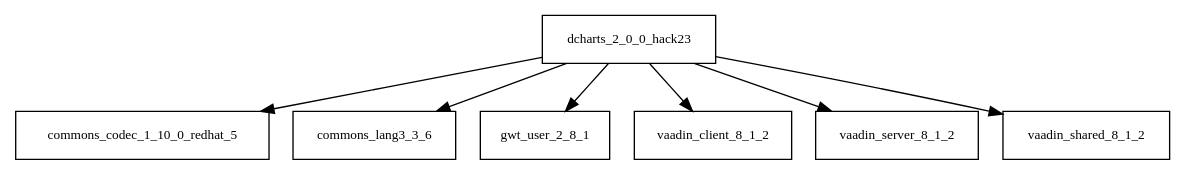
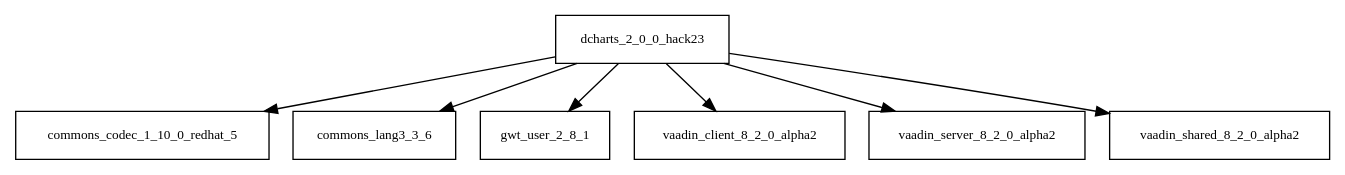
The diagram in tattleTaleReport/graphviz/dcharts-2.0.0.hack23.jar/dcharts-2.0.0.hack23.jar.dot (AglaianWoman/cia), drawn with Graphviz before and after one commit. The commit also changed 3333 other files, not shown here.

```diff
--- a/tattleTaleReport/graphviz/dcharts-2.0.0.hack23.jar/dcharts-2.0.0.hack23.jar.dot
+++ b/tattleTaleReport/graphviz/dcharts-2.0.0.hack23.jar/dcharts-2.0.0.hack23.jar.dot
@@ -1,9 +1,9 @@
 digraph dcharts_2_0_0_hack23_dependencies {
   node [shape = box, fontsize=10.0];
   dcharts_2_0_0_hack23 -> commons_codec_1_10_0_redhat_5;
   dcharts_2_0_0_hack23 -> commons_lang3_3_6;
   dcharts_2_0_0_hack23 -> gwt_user_2_8_1;
-  dcharts_2_0_0_hack23 -> vaadin_client_8_1_2;
-  dcharts_2_0_0_hack23 -> vaadin_server_8_1_2;
-  dcharts_2_0_0_hack23 -> vaadin_shared_8_1_2;
+  dcharts_2_0_0_hack23 -> vaadin_client_8_2_0_alpha2;
+  dcharts_2_0_0_hack23 -> vaadin_server_8_2_0_alpha2;
+  dcharts_2_0_0_hack23 -> vaadin_shared_8_2_0_alpha2;
 }
```
